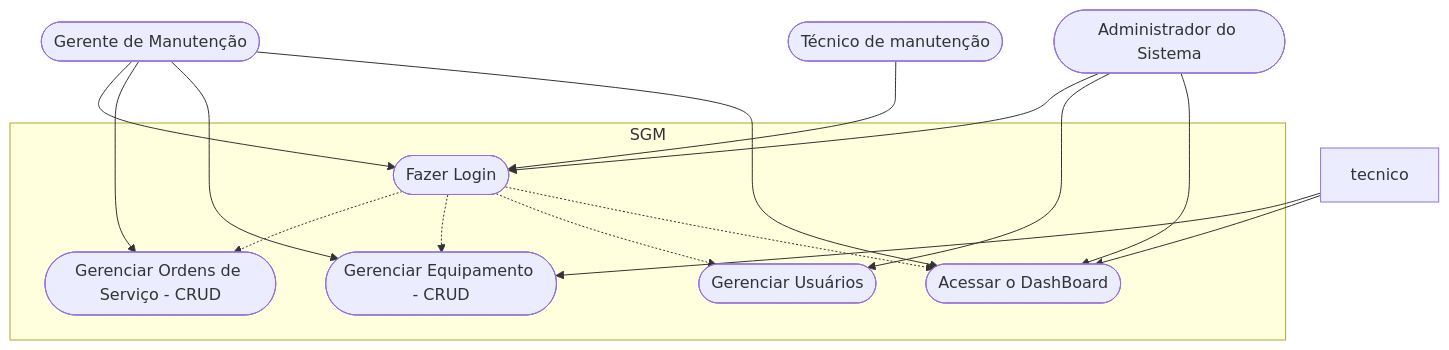
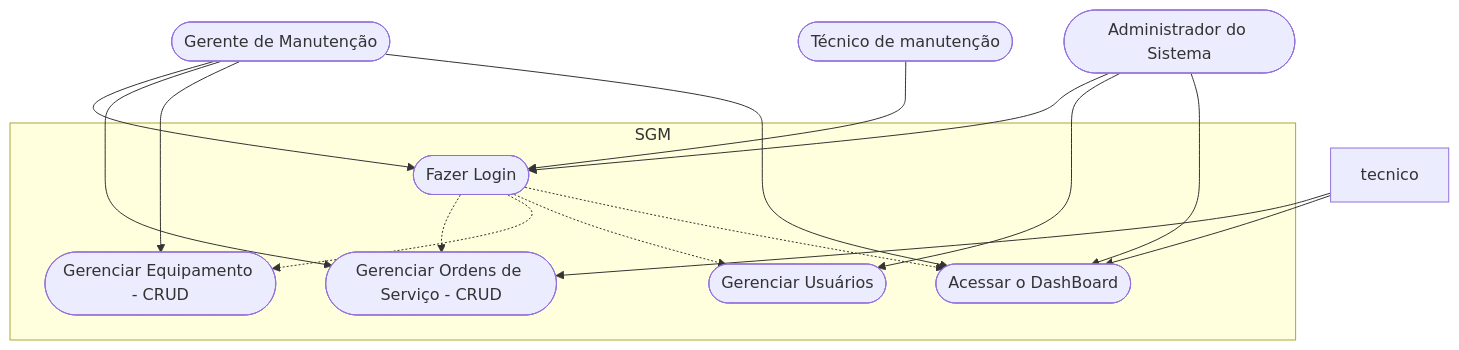
One commit to Kauan-Sabino/FrontEnd changed the second of 3 diagrams in Frameworks/next/formativa-sgm/README.md. Above: the diagram before and after it, drawn with Mermaid. The commit also changed 6 other files, not shown here.

````diff
--- a/Frameworks/next/formativa-sgm/README.md
+++ b/Frameworks/next/formativa-sgm/README.md
@@ -105,36 +105,36 @@
 ```mermaid
 
 graph TD
 
     subgraph "SGM"
         caso1([Fazer Login])
         caso2([Gerenciar Ordens de Serviço - CRUD])
         caso3([Gerenciar Equipamento - CRUD])
         caso4([Gerenciar Usuários])
         caso5([Acessar o DashBoard])
     end
 
     Tecnico([Técnico de manutenção])
     Gerente([Gerente de Manutenção])
     Admin([Administrador do Sistema])
 
     Tecnico --> caso1
-    tecnico --> caso3
+    tecnico --> caso2
     tecnico --> caso5
 
     Gerente --> caso1
     Gerente --> caso2
     Gerente --> caso3
     Gerente --> caso5
 
     Admin --> caso1
     Admin --> caso4
     Admin --> caso5
 
     caso1 -.-> caso2
     caso1 -.-> caso3
     caso1 -.-> caso4
     caso1 -.-> caso5
 
 
 ```
````
